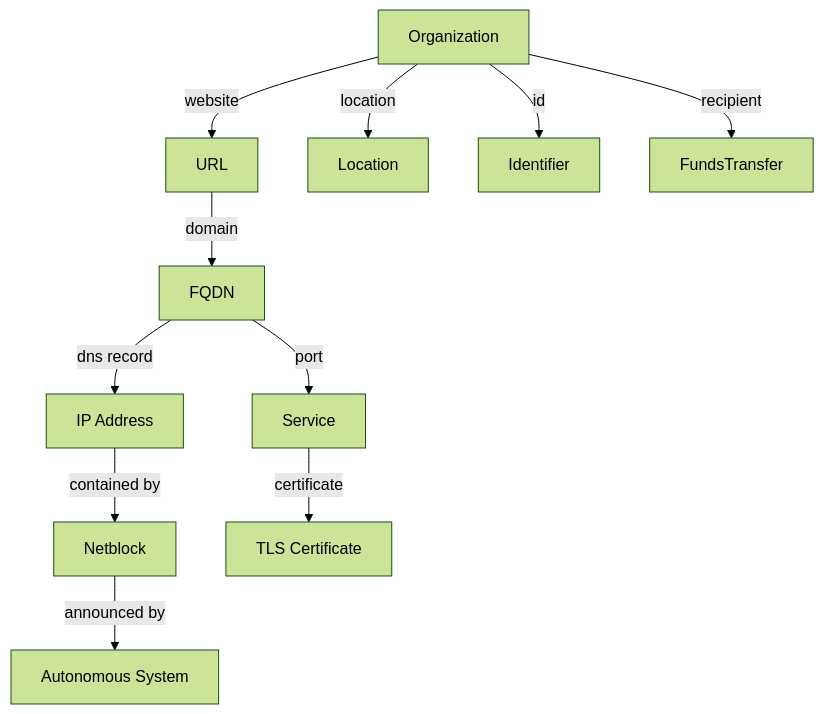
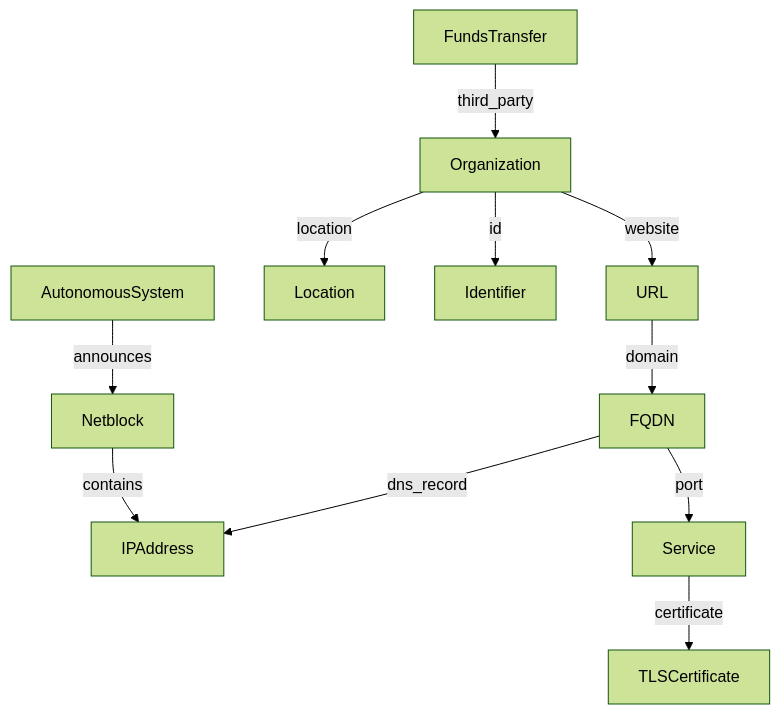
Before and after one commit to owasp-amass/docs: the diagram in docs/open_asset_model/index.md, drawn with Mermaid (forest theme). The commit also changed other lines of this file and 2 other files, not shown here.

````diff
--- a/docs/open_asset_model/index.md
+++ b/docs/open_asset_model/index.md
@@ -37,13 +37,13 @@
 ```mermaid
 flowchart TD
   ORG["Organization"] -->|website| URL["URL"]
   URL -->|domain| FQDN["FQDN"]
   ORG -->|location| LOC["Location"]
   ORG -->|id| IDN["Identifier"]
-  ORG -->|recipient| FT["FundsTransfer"]
-  FQDN -->|dns record| IP["IP Address"]
-  IP -->|contained by| NB["Netblock"]
-  NB -->|announced by| AS["Autonomous System"]
+  FT["FundsTransfer"] -->|third_party| ORG
+  FQDN -->|dns_record| IP["IPAddress"]
+  NB["Netblock"] -->|contains| IP
+  AS["AutonomousSystem"] -->|announces| NB
   FQDN -->|port| SVC["Service"]
-  SVC -->|certificate| CERT["TLS Certificate"]
+  SVC -->|certificate| CERT["TLSCertificate"]
 ```
````
